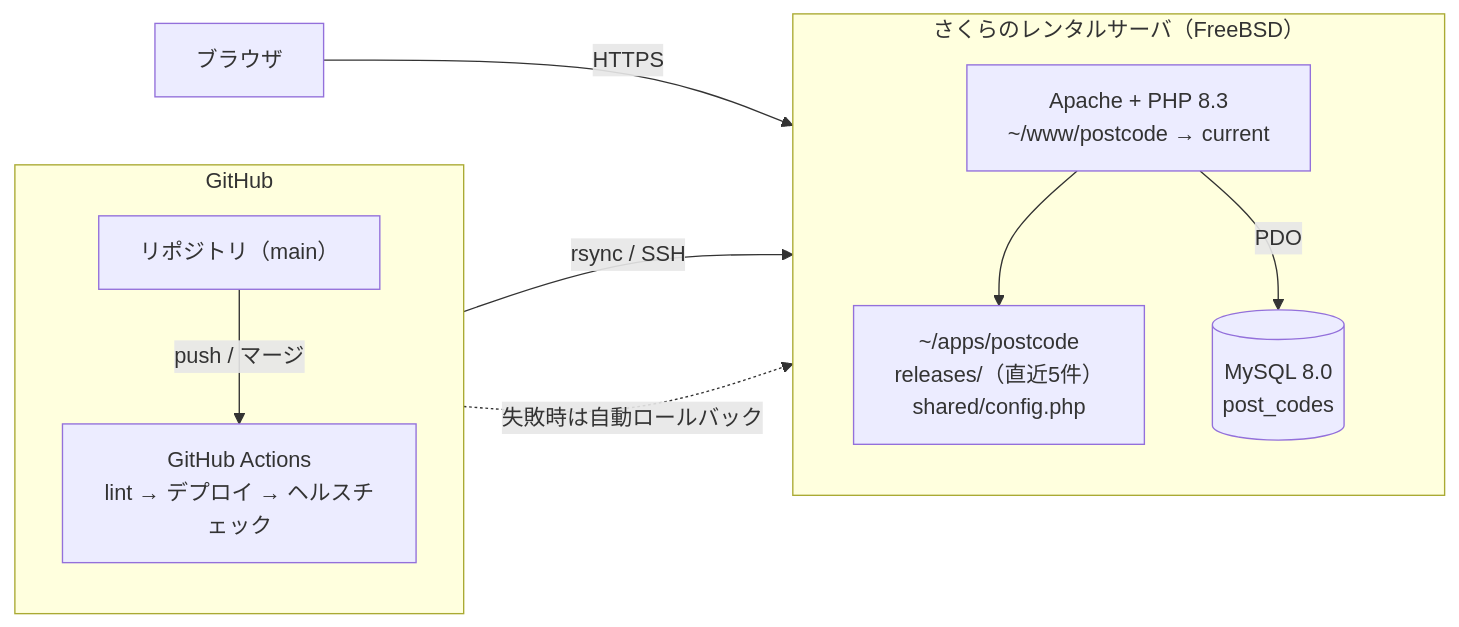
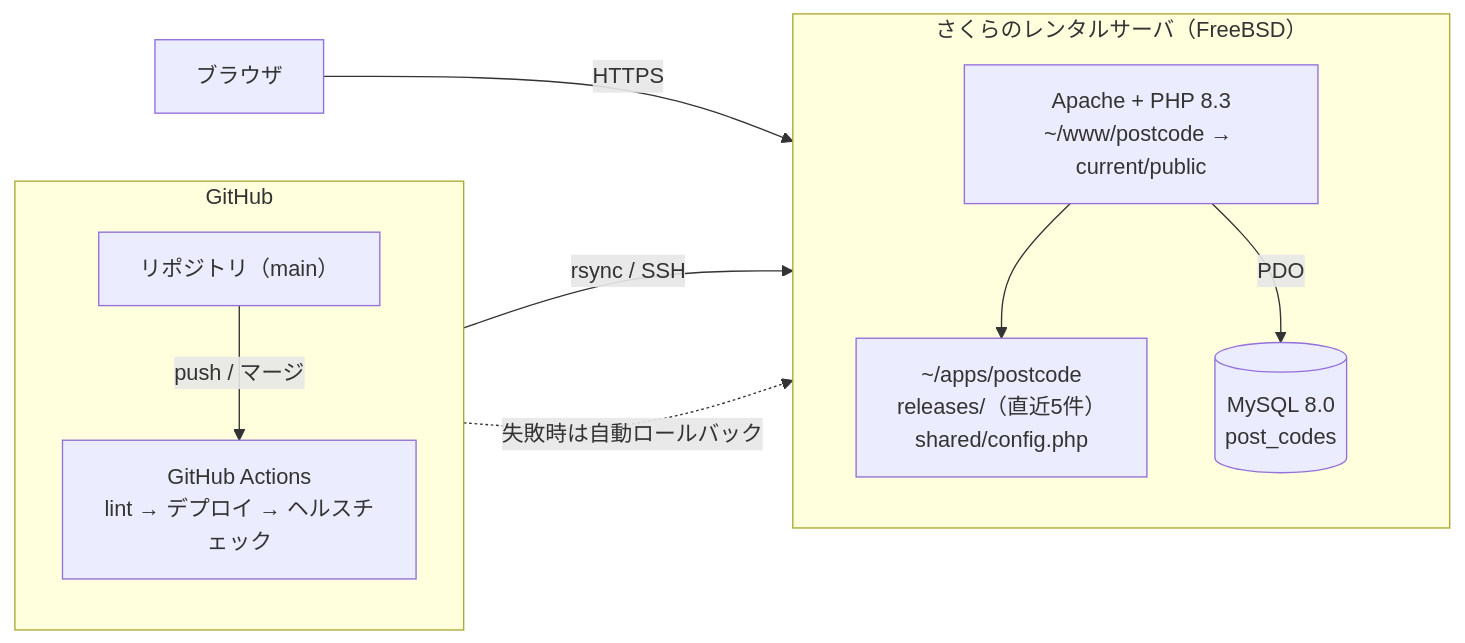
The first of 2 diagrams in README.md (KoichiKurita/Search_Address_and_PostCode), drawn with Mermaid before and after one commit. The commit also changed other lines of this file and 55 other files, not shown here.

````diff
--- a/README.md
+++ b/README.md
@@ -42,24 +42,24 @@
 ```mermaid
 flowchart LR
     user["ブラウザ"]
 
     subgraph sakura["さくらのレンタルサーバ（FreeBSD）"]
         direction TB
-        web["Apache + PHP 8.3<br/>~/www/postcode → current"]
+        web["Apache + PHP 8.3<br/>~/www/postcode → current/public"]
         rel["~/apps/postcode<br/>releases/（直近5件）<br/>shared/config.php"]
         db[("MySQL 8.0<br/>post_codes")]
         web --> rel
         web -->|PDO| db
     end
 
     subgraph github["GitHub"]
         direction TB
         repo["リポジトリ（main）"]
         actions["GitHub Actions<br/>lint → デプロイ → ヘルスチェック"]
         repo -->|push / マージ| actions
     end
 
     user -->|HTTPS| web
     actions -->|rsync / SSH| rel
     actions -.->|失敗時は自動ロールバック| rel
 ```
````
